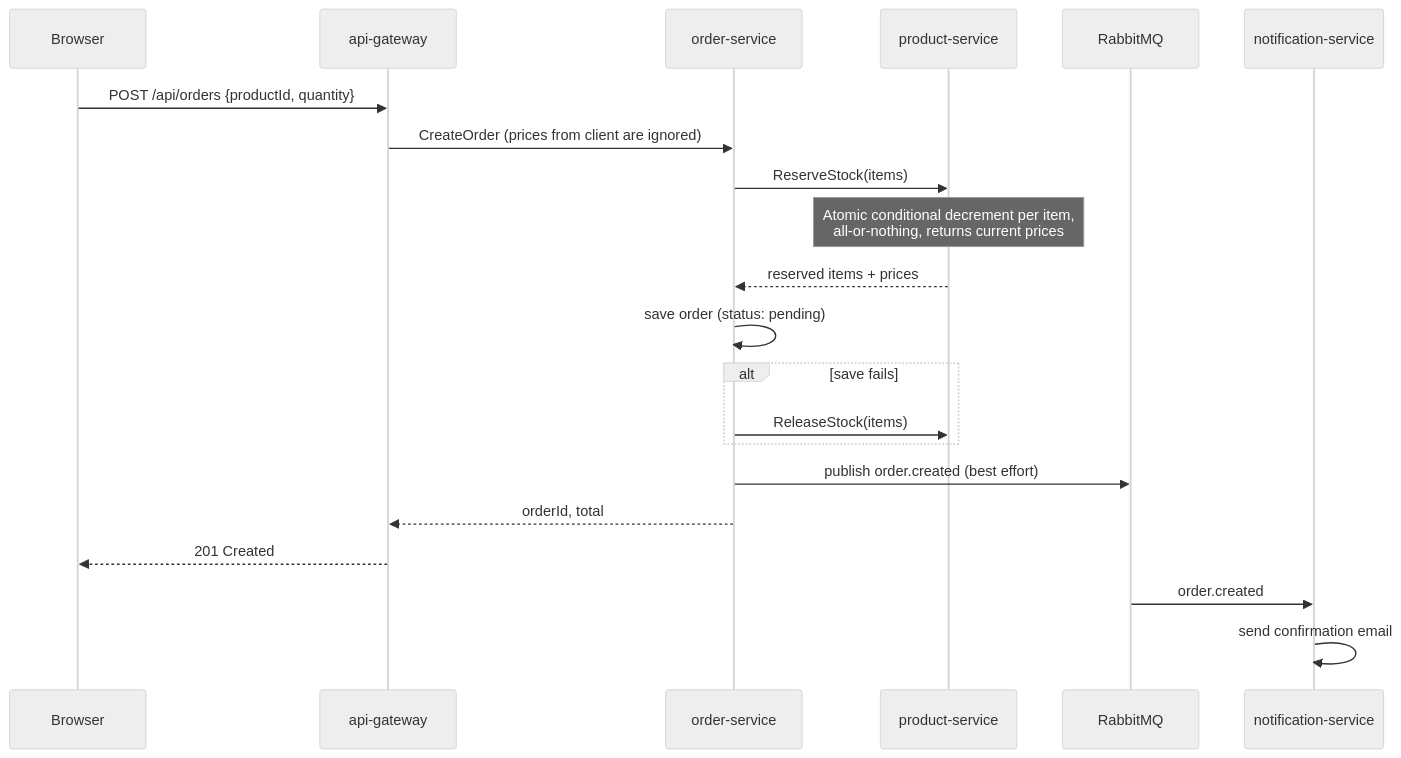
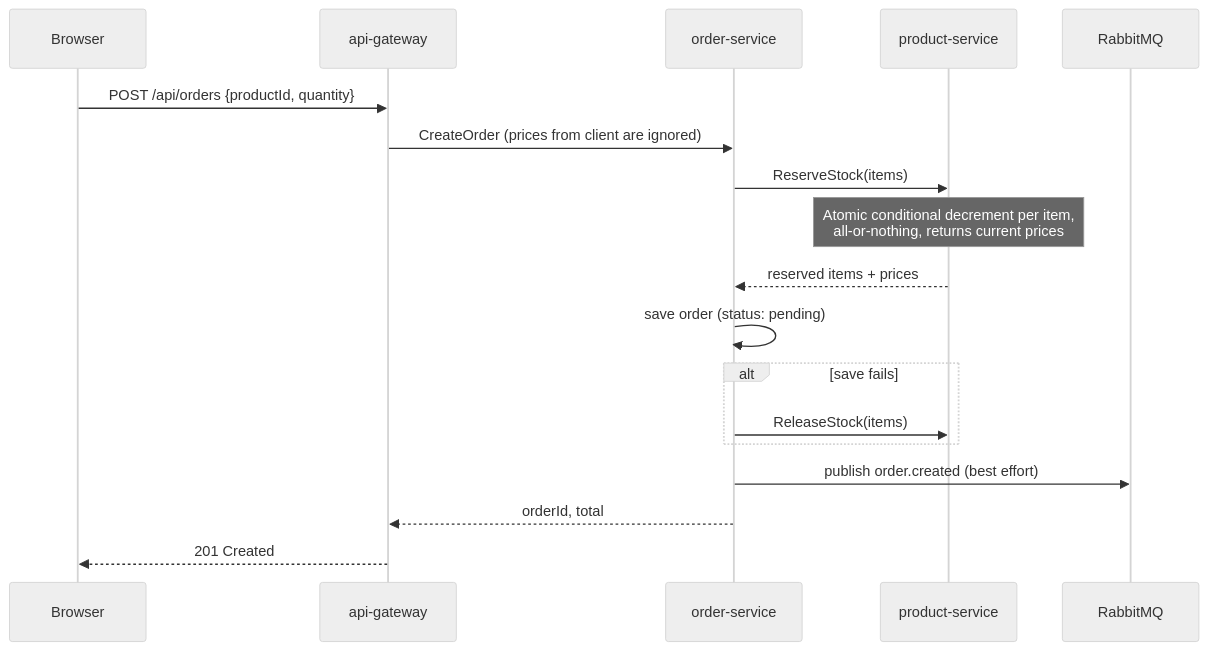
Before and after one commit to raghav2306/shoplite-microservices: the second of 2 diagrams in docs/ARCHITECTURE.md, drawn with Mermaid (neutral theme). The commit also changed other lines of this file and 60 other files, not shown here.

````diff
--- a/docs/ARCHITECTURE.md
+++ b/docs/ARCHITECTURE.md
@@ -77,24 +72,21 @@
 ```mermaid
 sequenceDiagram
     participant B as Browser
     participant G as api-gateway
     participant O as order-service
     participant P as product-service
     participant Q as RabbitMQ
-    participant N as notification-service
 
     B->>G: POST /api/orders {productId, quantity}
     G->>O: CreateOrder (prices from client are ignored)
     O->>P: ReserveStock(items)
     Note over P: Atomic conditional decrement per item,<br/>all-or-nothing, returns current prices
     P-->>O: reserved items + prices
     O->>O: save order (status: pending)
     alt save fails
         O->>P: ReleaseStock(items)
     end
     O->>Q: publish order.created (best effort)
     O-->>G: orderId, total
     G-->>B: 201 Created
-    Q->>N: order.created
-    N->>N: send confirmation email
 ```
````
